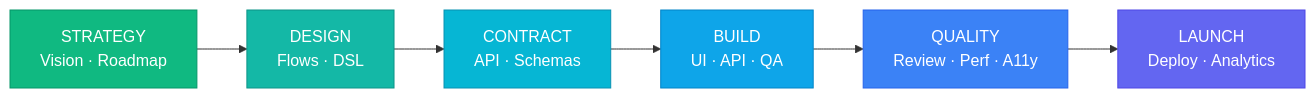
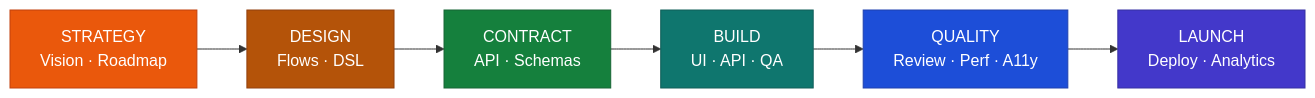
Before and after one commit to ebnrdwan/Crew: the diagram in README.md, drawn with Mermaid. The commit also changed other lines of this file and 1 other file, not shown here.

Commit message:
style: trusty/institutional palette across docs + README
The previous bright emerald→indigo palette read as candy/marketing.
Switched to graded 600/700 weights (bronze→copper→forest→deep teal
→deep ocean→deep indigo) so the page reads as a serious engineering
tool, not a landing page.

Narrative: Crew is the SECOND HALF of Gang's flow — Gang stages 1–6
then Crew stages 1–6 = one continuous 12-stage journey. Stage 1
(STRATEGY) is now the deeper, rolled-up-sleeves version of Gang's
DELIVER orange so the handoff is visually obvious side-by-side.

- All stage cards (hover, num shadows, tag colors, num pulses)
- All agent dot colors (per phase)
- Hero badge + command + cmd-code colors
- Install block accent
- Gang integration node colors + arrow gradient + tip
- WebGL fluid background shifted to deep slate-navy → deep
  teal-shadow → deep ocean-indigo (no candy brights)
- README badges + Mermaid pipeline colors
- Cyan stays as the global agent/feature/cmd hover accent —
  decoupled from pipeline so interaction signals don't drift
  with palette changes

````diff
--- a/README.md
+++ b/README.md
@@ -45,15 +45,15 @@
 ```mermaid
 graph LR
     A["STRATEGY<br/>Vision · Roadmap"] --> B["DESIGN<br/>Flows · DSL"]
     B --> C["CONTRACT<br/>API · Schemas"]
     C --> D["BUILD<br/>UI · API · QA"]
     D --> E["QUALITY<br/>Review · Perf · A11y"]
     E --> F["LAUNCH<br/>Deploy · Analytics"]
 
-    style A fill:#10B981,stroke:#059669,color:#fff
-    style B fill:#14B8A6,stroke:#0D9488,color:#fff
-    style C fill:#06B6D4,stroke:#0891B2,color:#fff
-    style D fill:#0EA5E9,stroke:#0284C7,color:#fff
-    style E fill:#3B82F6,stroke:#2563EB,color:#fff
-    style F fill:#6366F1,stroke:#4F46E5,color:#fff
+    style A fill:#EA580C,stroke:#C2410C,color:#fff
+    style B fill:#B45309,stroke:#92400E,color:#fff
+    style C fill:#15803D,stroke:#166534,color:#fff
+    style D fill:#0F766E,stroke:#115E59,color:#fff
+    style E fill:#1D4ED8,stroke:#1E40AF,color:#fff
+    style F fill:#4338CA,stroke:#3730A3,color:#fff
 ```
````
